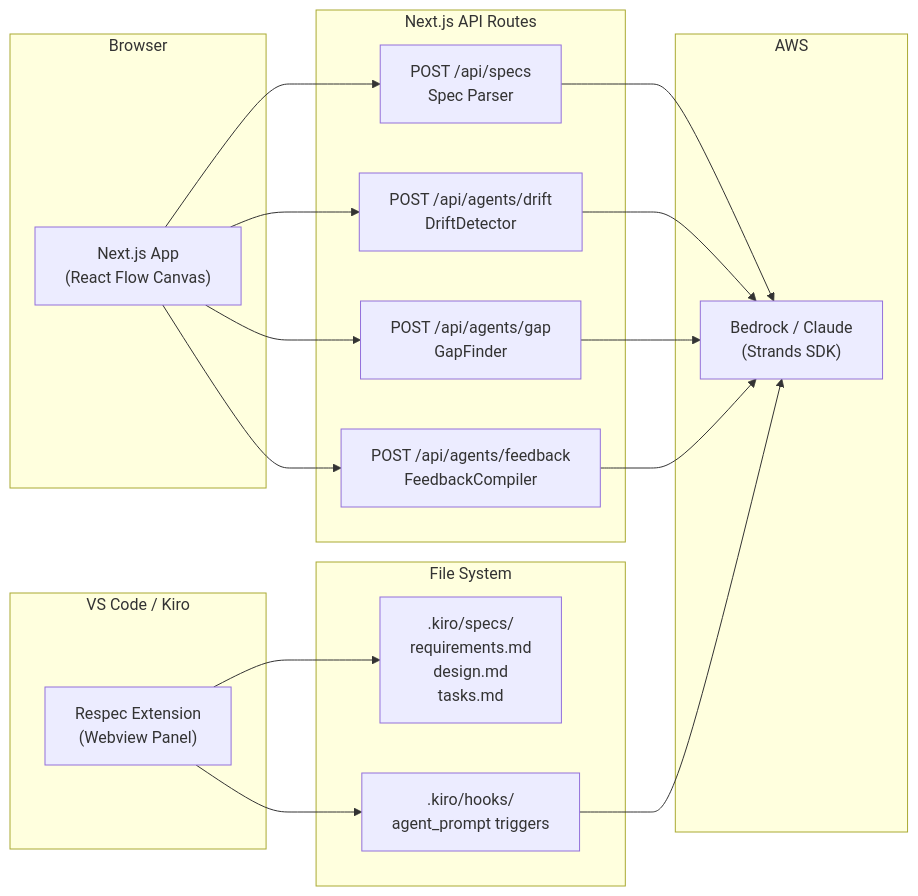
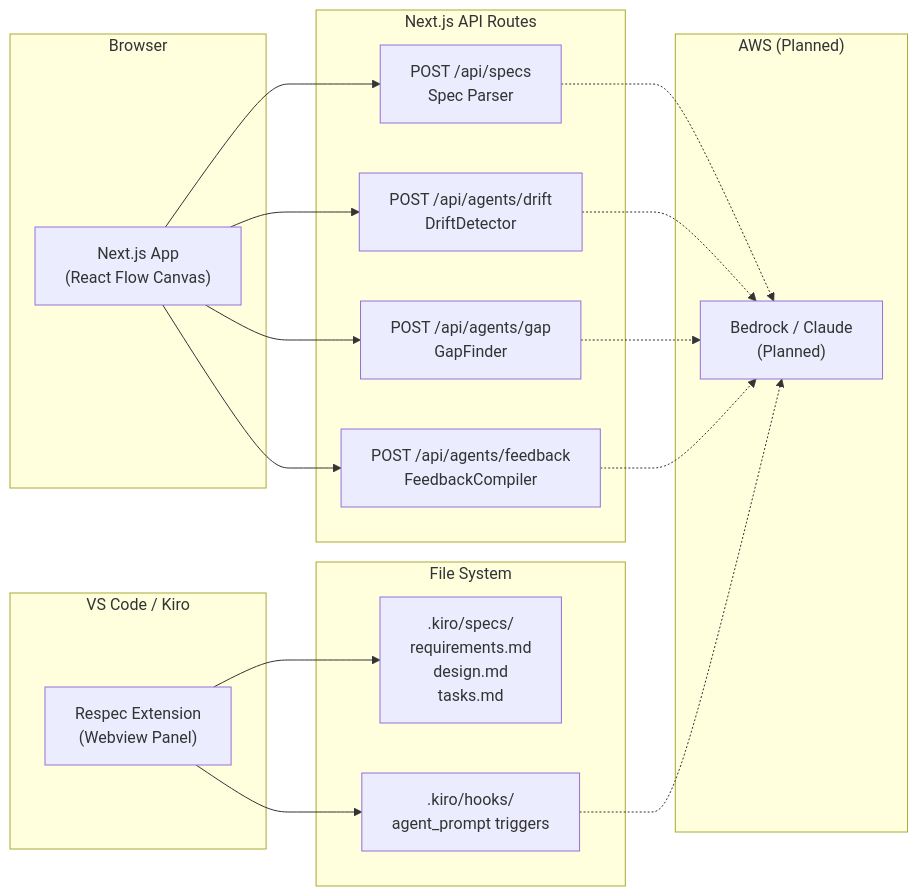
One commit to shitijkarsolia/respec changed the first of 4 diagrams in docs/architecture-diagram.md. Above: the diagram before and after it, drawn with Mermaid. The commit also changed other lines of this file and 1 other file, not shown here.

Commit message:
fix: address review issues - broken image, diagram accuracy, missing dev commands
- Replace broken screenshot-placeholder.png image with blockquote directing
  readers to the live demo
- Mark AWS/Bedrock connections as planned with dashed arrows in architecture
  diagram and add explanatory note about deterministic agent logic
- Add Development section to README with full build/lint command reference
  for web app, extension, and webview dev server

````diff
--- a/docs/architecture-diagram.md
+++ b/docs/architecture-diagram.md
@@ -11,39 +11,39 @@
 ```mermaid
 flowchart LR
     subgraph Browser["Browser"]
         NextApp["Next.js App<br/>(React Flow Canvas)"]
     end
 
     subgraph Server["Next.js API Routes"]
         SpecAPI["POST /api/specs<br/>Spec Parser"]
         DriftAPI["POST /api/agents/drift<br/>DriftDetector"]
         GapAPI["POST /api/agents/gap<br/>GapFinder"]
         FeedbackAPI["POST /api/agents/feedback<br/>FeedbackCompiler"]
     end
 
-    subgraph AWS["AWS"]
-        Bedrock["Bedrock / Claude<br/>(Strands SDK)"]
+    subgraph AWS["AWS (Planned)"]
+        Bedrock["Bedrock / Claude<br/>(Planned)"]
     end
 
     subgraph VSCode["VS Code / Kiro"]
         Extension["Respec Extension<br/>(Webview Panel)"]
     end
 
     subgraph FileSystem["File System"]
         KiroSpecs[".kiro/specs/<br/>requirements.md<br/>design.md<br/>tasks.md"]
         Hooks[".kiro/hooks/<br/>agent_prompt triggers"]
     end
 
     NextApp --> SpecAPI
     NextApp --> DriftAPI
     NextApp --> GapAPI
     NextApp --> FeedbackAPI
-    SpecAPI --> Bedrock
-    DriftAPI --> Bedrock
-    GapAPI --> Bedrock
-    FeedbackAPI --> Bedrock
+    SpecAPI -.-> Bedrock
+    DriftAPI -.-> Bedrock
+    GapAPI -.-> Bedrock
+    FeedbackAPI -.-> Bedrock
 
     Extension --> KiroSpecs
     Extension --> Hooks
-    Hooks --> Bedrock
+    Hooks -.-> Bedrock
 ```
````
